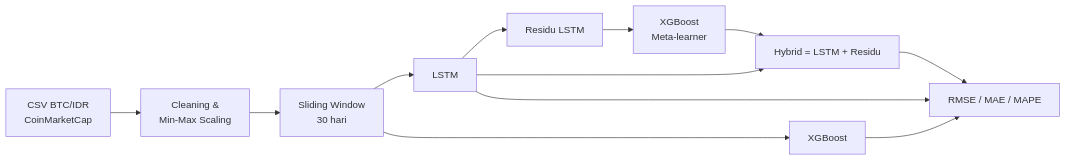
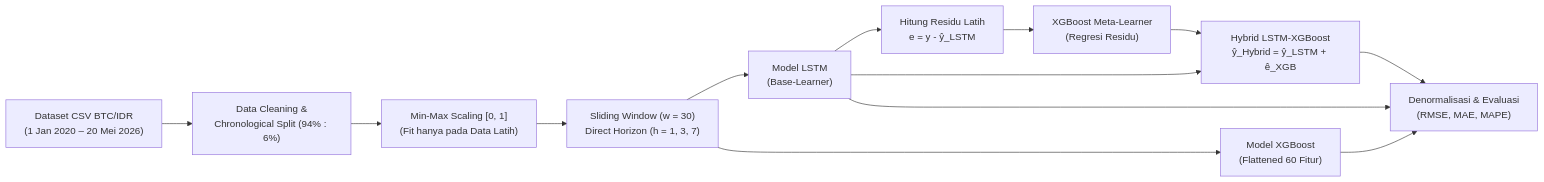
One commit to Shdyt13/bitcoin-prediction-lstm-xgboost changed the diagram in README.md. Above: the diagram before and after it, drawn with Mermaid. The commit also changed other lines of this file and 8 other files, not shown here.

````diff
--- a/README.md
+++ b/README.md
@@ -47,14 +48,15 @@
 ```mermaid
 flowchart LR
-    A[CSV BTC/IDR<br/>CoinMarketCap] --> B[Cleaning &<br/>Min-Max Scaling]
-    B --> C[Sliding Window<br/>30 hari]
-    C --> D1[LSTM]
-    C --> D2[XGBoost]
-    D1 --> E[Residu LSTM]
-    E --> F[XGBoost<br/>Meta-learner]
-    D1 --> G[Hybrid = LSTM + Residu]
-    F --> G
-    D1 --> H[RMSE / MAE / MAPE]
-    D2 --> H
+    A["Dataset CSV BTC/IDR<br/>(1 Jan 2020 – 20 Mei 2026)"] --> B["Data Cleaning &<br/>Chronological Split (94% : 6%)"]
+    B --> C["Min-Max Scaling [0, 1]<br/>(Fit hanya pada Data Latih)"]
+    C --> D["Sliding Window (w = 30)<br/>Direct Horizon (h = 1, 3, 7)"]
+    D --> E1["Model LSTM<br/>(Base-Learner)"]
+    D --> E2["Model XGBoost<br/>(Flattened 60 Fitur)"]
+    E1 --> F["Hitung Residu Latih<br/>e = y - ŷ_LSTM"]
+    F --> G["XGBoost Meta-Learner<br/>(Regresi Residu)"]
+    E1 --> H["Hybrid LSTM-XGBoost<br/>ŷ_Hybrid = ŷ_LSTM + ê_XGB"]
     G --> H
+    E1 --> I["Denormalisasi & Evaluasi<br/>(RMSE, MAE, MAPE)"]
+    E2 --> I
+    H --> I
 ```
````
